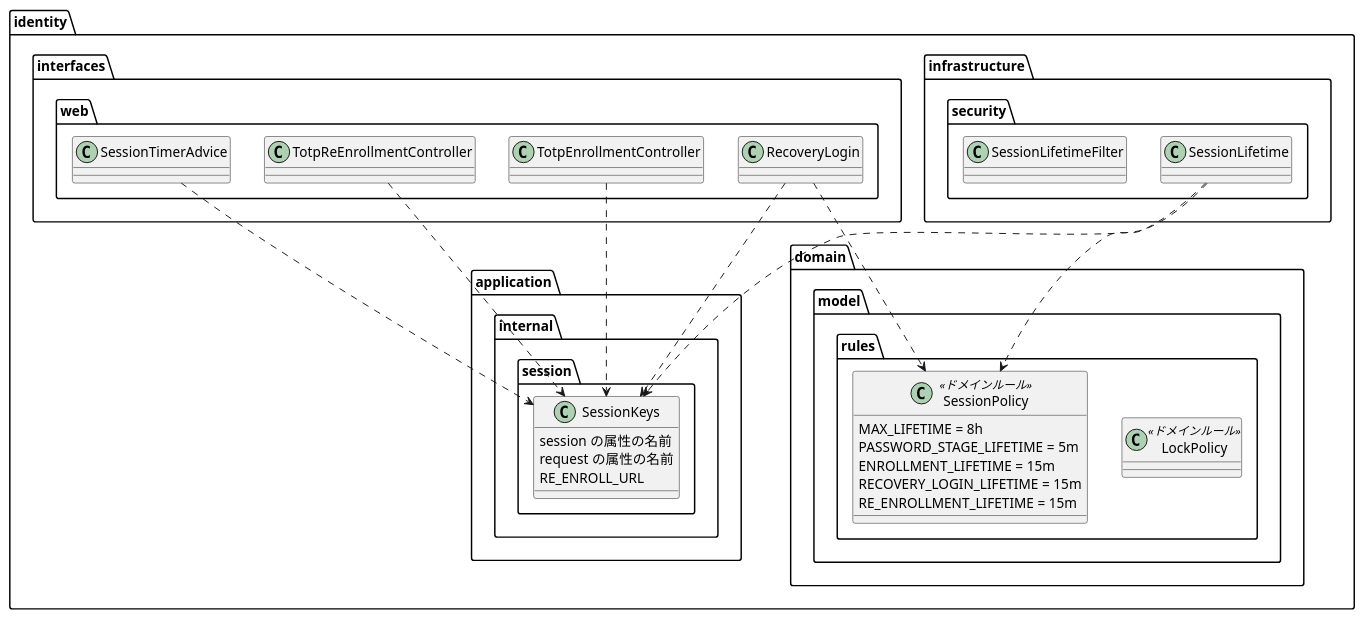
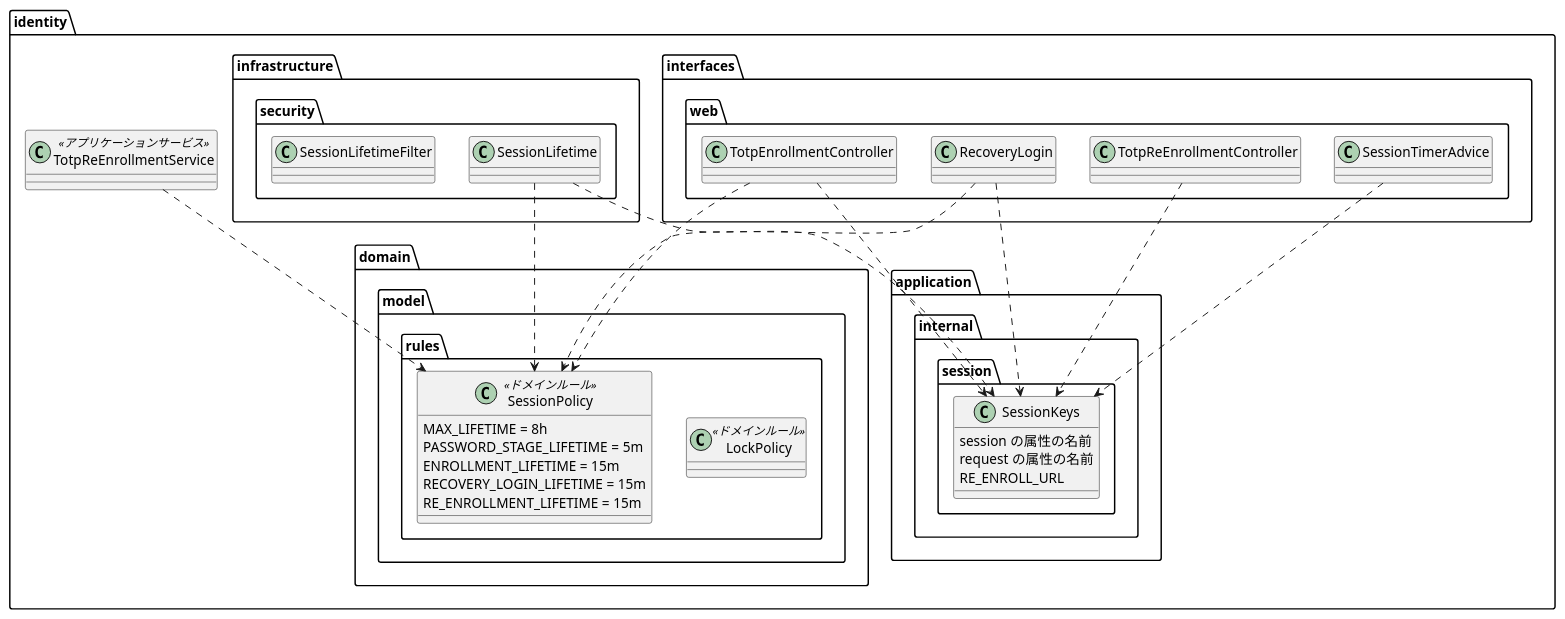
The diagram in docs/development/cargo-tracker/bolt_33c_plan.md (k2works/practical-domain-driven-design-in-enterpris-application), drawn with PlantUML before and after one commit. The commit also changed other lines of this file and 4 other files, not shown here.

````diff
--- a/docs/development/cargo-tracker/bolt_33c_plan.md
+++ b/docs/development/cargo-tracker/bolt_33c_plan.md
@@ -66,40 +70,43 @@
 ```plantuml
 @startuml
 package "identity" {
   package "domain.model.rules" {
     class LockPolicy <<ドメインルール>>
     class SessionPolicy <<ドメインルール>> {
       MAX_LIFETIME = 8h
       PASSWORD_STAGE_LIFETIME = 5m
       ENROLLMENT_LIFETIME = 15m
       RECOVERY_LOGIN_LIFETIME = 15m
       RE_ENROLLMENT_LIFETIME = 15m
     }
   }
   package "application.internal.session" {
     class SessionKeys {
       session の属性の名前
       request の属性の名前
       RE_ENROLL_URL
     }
   }
   package "infrastructure.security" {
     class SessionLifetime
     class SessionLifetimeFilter
   }
   package "interfaces.web" {
     class SessionTimerAdvice
     class TotpEnrollmentController
     class RecoveryLogin
     class TotpReEnrollmentController
   }
   SessionLifetime ..> SessionKeys
   SessionLifetime ..> SessionPolicy
+  class TotpReEnrollmentService <<アプリケーションサービス>>
+  TotpReEnrollmentService ..> SessionPolicy
+  TotpEnrollmentController ..> SessionPolicy
   SessionTimerAdvice ..> SessionKeys
   TotpEnrollmentController ..> SessionKeys
   RecoveryLogin ..> SessionKeys
   RecoveryLogin ..> SessionPolicy
   TotpReEnrollmentController ..> SessionKeys
 }
 @enduml
 ```
````
